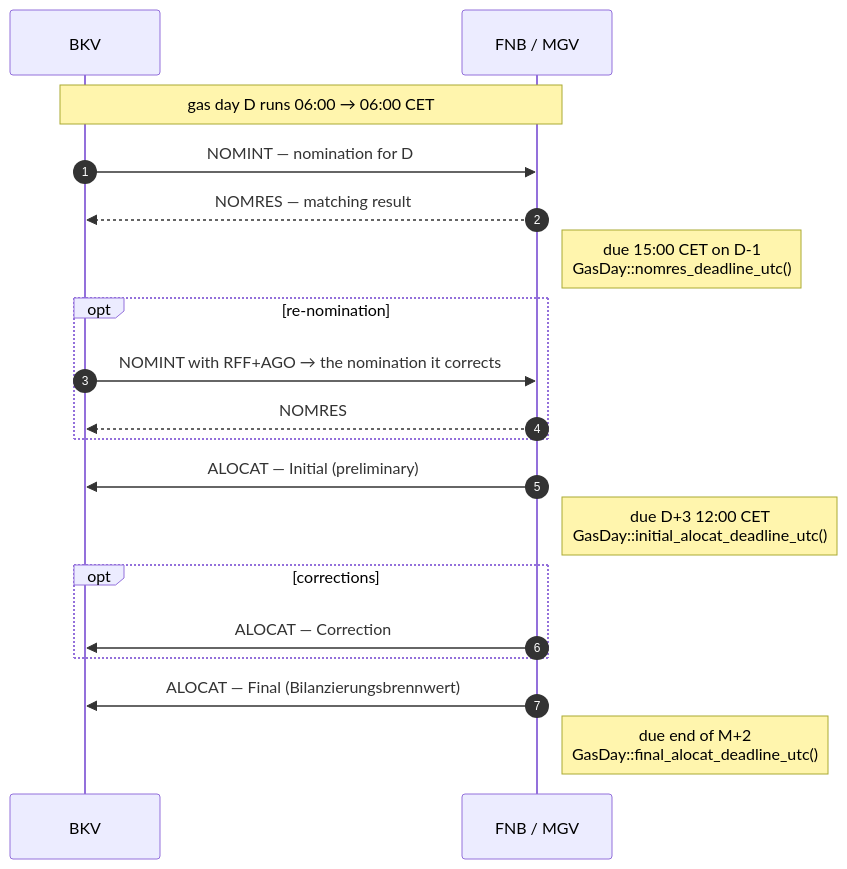
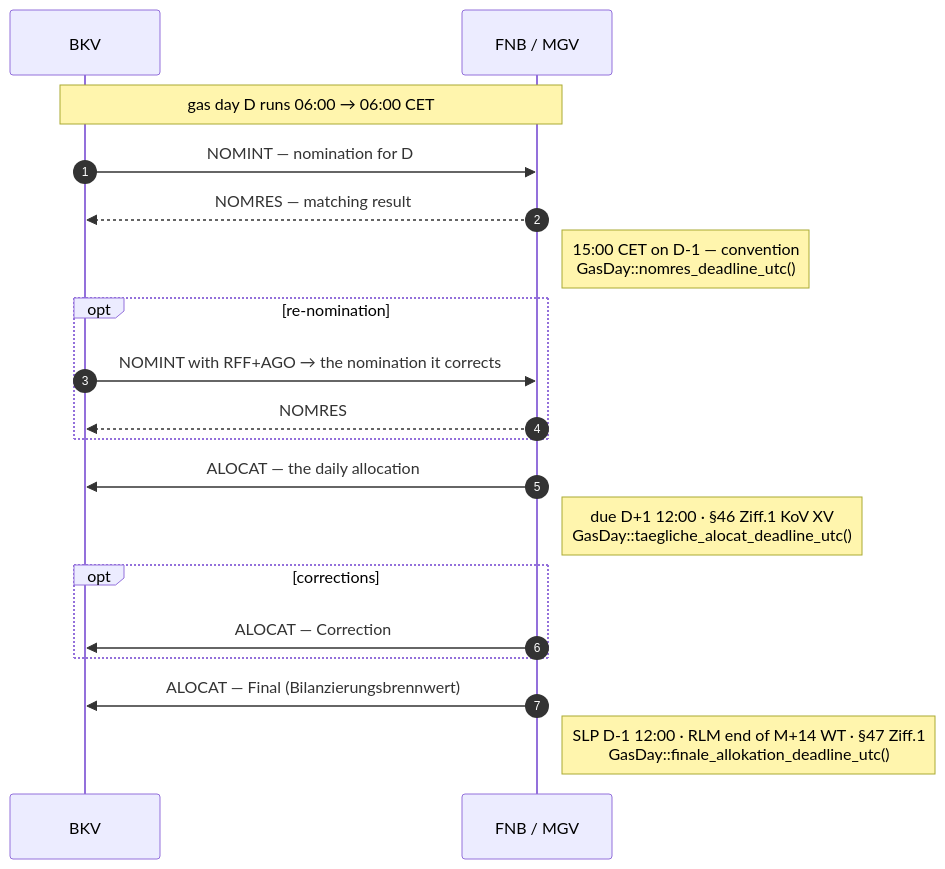
Before and after one commit to hupe1980/mako: the diagram in site/content/docs/reference/dvgw.md, drawn with Mermaid. The commit also changed other lines of this file and 135 other files, not shown here.

````diff
--- a/site/content/docs/reference/dvgw.md
+++ b/site/content/docs/reference/dvgw.md
@@ -259,22 +259,22 @@
 ```mermaid
 sequenceDiagram
     autonumber
     participant BKV
     participant FNB as FNB / MGV
 
     Note over BKV,FNB: gas day D runs 06:00 → 06:00 CET
     BKV->>FNB: NOMINT — nomination for D
     FNB-->>BKV: NOMRES — matching result
-    Note right of FNB: due 15:00 CET on D-1<br/>GasDay::nomres_deadline_utc()
+    Note right of FNB: 15:00 CET on D-1 — convention<br/>GasDay::nomres_deadline_utc()
     opt re-nomination
         BKV->>FNB: NOMINT with RFF+AGO → the nomination it corrects
         FNB-->>BKV: NOMRES
     end
-    FNB->>BKV: ALOCAT — Initial (preliminary)
-    Note right of FNB: due D+3 12:00 CET<br/>GasDay::initial_alocat_deadline_utc()
+    FNB->>BKV: ALOCAT — the daily allocation
+    Note right of FNB: due D+1 12:00 · §46 Ziff.1 KoV XV<br/>GasDay::taegliche_alocat_deadline_utc()
     opt corrections
         FNB->>BKV: ALOCAT — Correction
     end
     FNB->>BKV: ALOCAT — Final (Bilanzierungsbrennwert)
-    Note right of FNB: due end of M+2<br/>GasDay::final_alocat_deadline_utc()
+    Note right of FNB: SLP D-1 12:00 · RLM end of M+14 WT · §47 Ziff.1<br/>GasDay::finale_allokation_deadline_utc()
 ```
````
